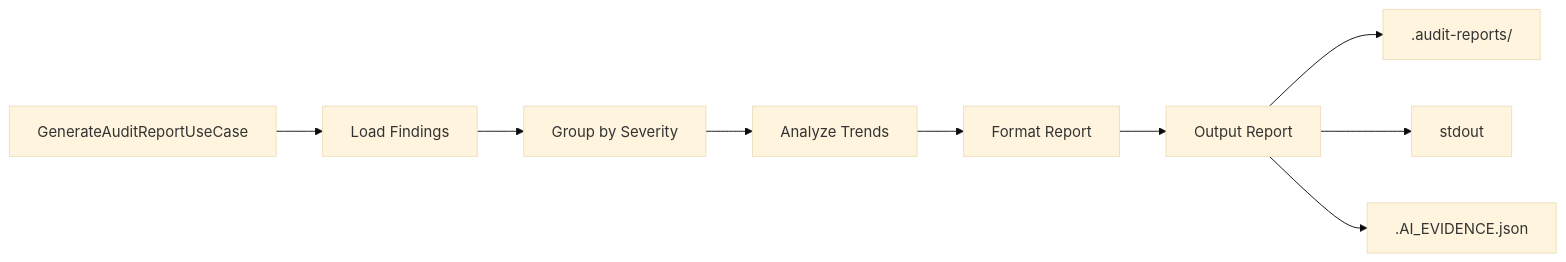
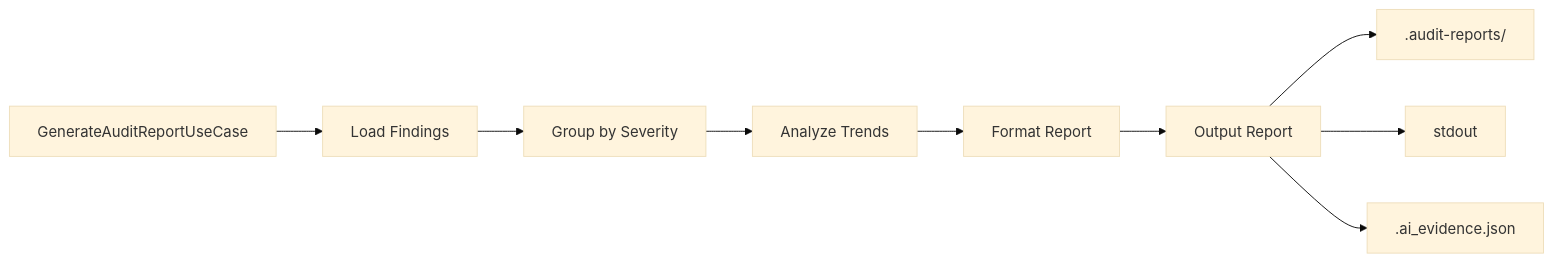
One commit to SwiftEnProfundidad/ast-intelligence-hooks changed the eighth of 8 diagrams in docs/ARCHITECTURE_DETAILED.md. Above: the diagram before and after it, drawn with Mermaid (base theme). The commit also changed other lines of this file and 8 other files, not shown here.

Commit message:
docs(evidence): unify references to .ai_evidence.json

````diff
--- a/docs/ARCHITECTURE_DETAILED.md
+++ b/docs/ARCHITECTURE_DETAILED.md
@@ -428,11 +428,11 @@
 ```mermaid
 flowchart LR
     Start[GenerateAuditReportUseCase] --> Load[Load Findings]
     Load --> Group[Group by Severity]
     Group --> Analyze[Analyze Trends]
     Analyze --> Format[Format Report]
     Format --> Output[Output Report]
     Output --> File[.audit-reports/]
     Output --> Console[stdout]
-    Output --> Evidence[.AI_EVIDENCE.json]
+    Output --> Evidence[.ai_evidence.json]
 ```
````
